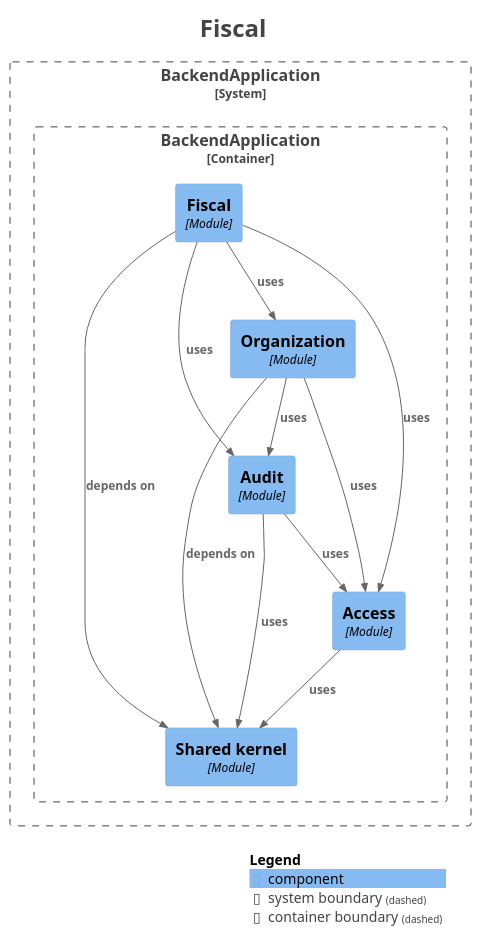
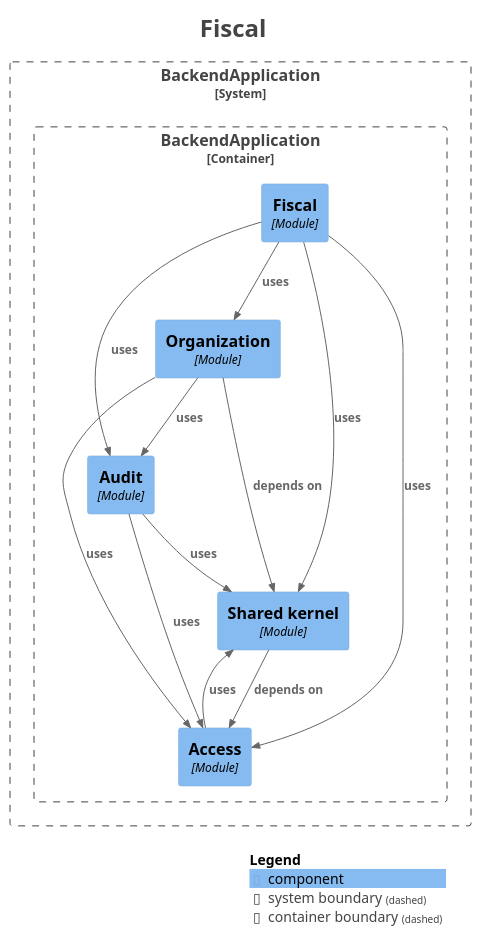
Before and after one commit to fxavier/restaurantePRO: the diagram in docs/architecture/modules/module-fiscal.puml, drawn with PlantUML. The commit also changed 33 other files, not shown here.

```diff
--- a/docs/architecture/modules/module-fiscal.puml
+++ b/docs/architecture/modules/module-fiscal.puml
@@ -1,42 +1,43 @@
 @startuml
 title <size:24>Fiscal</size>
 
 set separator none
 top to bottom direction
 
 <style>
   root {
     BackgroundColor: #ffffff
     FontColor: #444444
   }
 </style>
 
 !include <C4/C4>
 !include <C4/C4_Context>
 !include <C4/C4_Component>
 
 System_Boundary("BackendApplication_boundary", "BackendApplication", $tags="") {
   Container_Boundary("BackendApplication.BackendApplication_boundary", "BackendApplication", $tags="") {
     Component(BackendApplication.BackendApplication.Fiscal, "Fiscal", $techn="Module", $descr="", $tags="", $link="")
+    Component(BackendApplication.BackendApplication.Organization, "Organization", $techn="Module", $descr="", $tags="", $link="")
     Component(BackendApplication.BackendApplication.Sharedkernel, "Shared kernel", $techn="Module", $descr="", $tags="", $link="")
     Component(BackendApplication.BackendApplication.Access, "Access", $techn="Module", $descr="", $tags="", $link="")
     Component(BackendApplication.BackendApplication.Audit, "Audit", $techn="Module", $descr="", $tags="", $link="")
-    Component(BackendApplication.BackendApplication.Organization, "Organization", $techn="Module", $descr="", $tags="", $link="")
   }
 
 }
 
+Rel(BackendApplication.BackendApplication.Fiscal, BackendApplication.BackendApplication.Access, "uses", $techn="", $tags="", $link="")
+Rel(BackendApplication.BackendApplication.Fiscal, BackendApplication.BackendApplication.Organization, "uses", $techn="", $tags="", $link="")
+Rel(BackendApplication.BackendApplication.Fiscal, BackendApplication.BackendApplication.Sharedkernel, "uses", $techn="", $tags="", $link="")
+Rel(BackendApplication.BackendApplication.Fiscal, BackendApplication.BackendApplication.Audit, "uses", $techn="", $tags="", $link="")
+Rel(BackendApplication.BackendApplication.Sharedkernel, BackendApplication.BackendApplication.Access, "depends on", $techn="", $tags="", $link="")
 Rel(BackendApplication.BackendApplication.Organization, BackendApplication.BackendApplication.Sharedkernel, "depends on", $techn="", $tags="", $link="")
 Rel(BackendApplication.BackendApplication.Organization, BackendApplication.BackendApplication.Audit, "uses", $techn="", $tags="", $link="")
 Rel(BackendApplication.BackendApplication.Organization, BackendApplication.BackendApplication.Access, "uses", $techn="", $tags="", $link="")
+Rel(BackendApplication.BackendApplication.Access, BackendApplication.BackendApplication.Sharedkernel, "uses", $techn="", $tags="", $link="")
 Rel(BackendApplication.BackendApplication.Audit, BackendApplication.BackendApplication.Access, "uses", $techn="", $tags="", $link="")
 Rel(BackendApplication.BackendApplication.Audit, BackendApplication.BackendApplication.Sharedkernel, "uses", $techn="", $tags="", $link="")
-Rel(BackendApplication.BackendApplication.Fiscal, BackendApplication.BackendApplication.Sharedkernel, "depends on", $techn="", $tags="", $link="")
-Rel(BackendApplication.BackendApplication.Fiscal, BackendApplication.BackendApplication.Access, "uses", $techn="", $tags="", $link="")
-Rel(BackendApplication.BackendApplication.Fiscal, BackendApplication.BackendApplication.Organization, "uses", $techn="", $tags="", $link="")
-Rel(BackendApplication.BackendApplication.Fiscal, BackendApplication.BackendApplication.Audit, "uses", $techn="", $tags="", $link="")
-Rel(BackendApplication.BackendApplication.Access, BackendApplication.BackendApplication.Sharedkernel, "uses", $techn="", $tags="", $link="")
 
 SHOW_LEGEND(true)
 hide stereotypes
 @enduml
```
